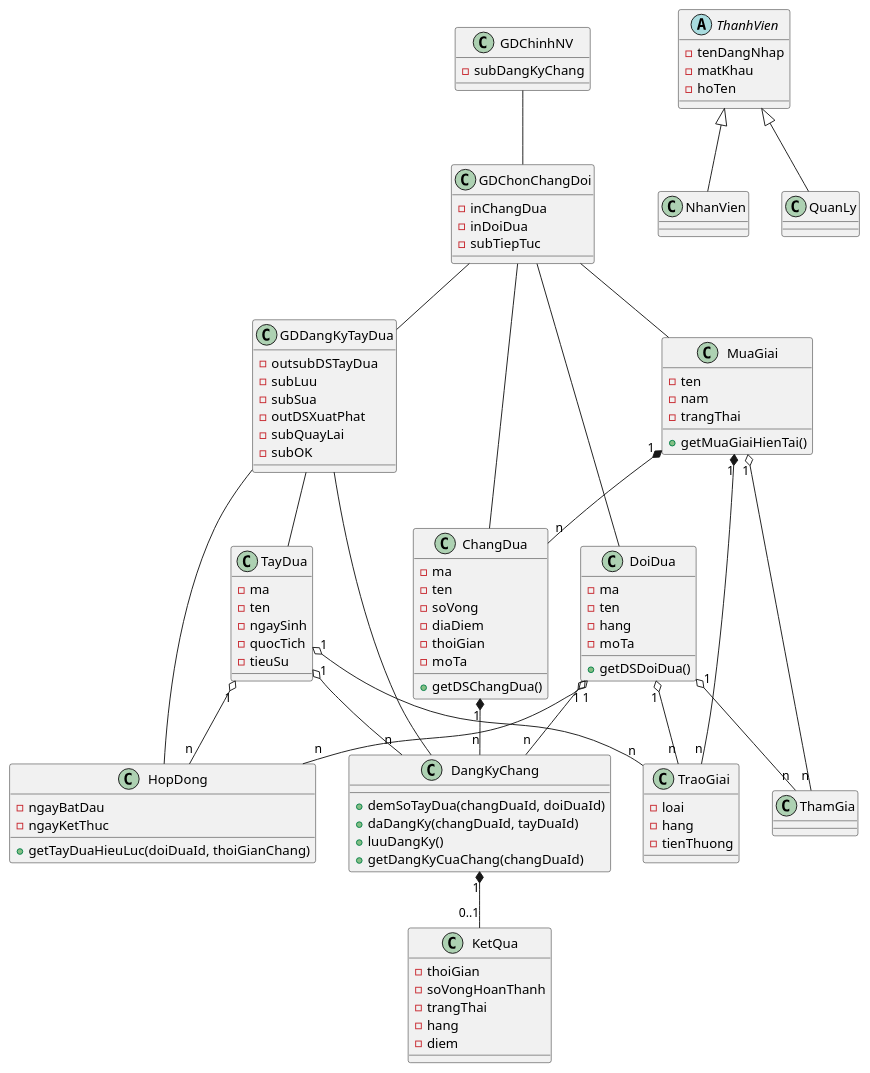
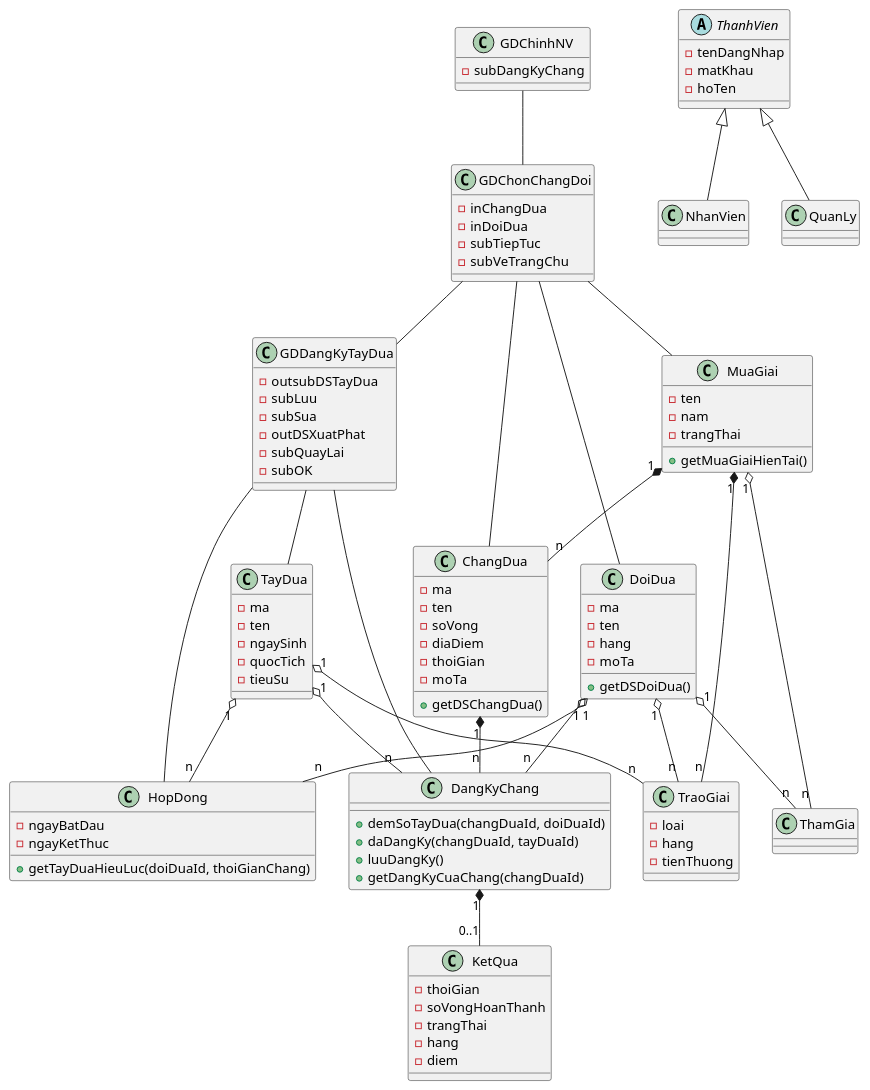
One commit to 7gho/CNPM-He2026 changed the third of 6 diagrams in Module 2 - Kin/noi-dung.md. Above: the diagram before and after it, drawn with PlantUML. The commit also changed other lines of this file and 15 other files, not shown here.

```diff
--- a/Module 2 - Kin/noi-dung.md
+++ b/Module 2 - Kin/noi-dung.md
@@ -235,6 +236,7 @@
   -inChangDua
   -inDoiDua
   -subTiepTuc
+  -subVeTrangChu
 }
 
 class GDDangKyTayDua {
```
